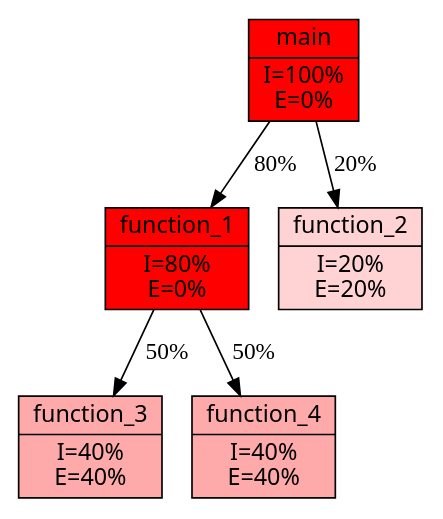
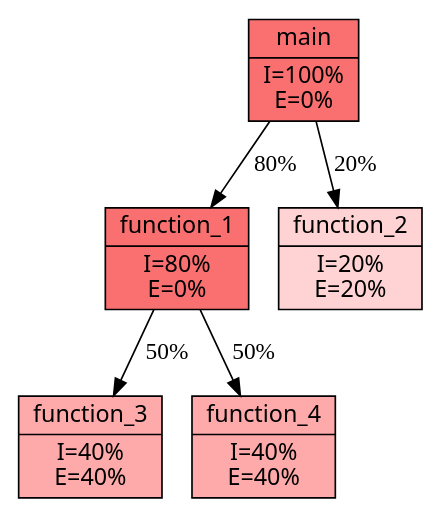
Before and after one commit to JaredHeinrich/Projektarbeit-2: the diagram in Bilder/dot/profiler_output_example.dot, drawn with Graphviz. The commit also changed 38 other files, not shown here.

```diff
--- a/Bilder/dot/profiler_output_example.dot
+++ b/Bilder/dot/profiler_output_example.dot
@@ -1,12 +1,12 @@
 digraph Profiler {
 ratio=compress
-a [shape=record,label="{main|I=100%\nE=0%\n}",style=filled,fillcolor="#ff0000",fontname=sans];
-b [shape=record,label="{function_1|I=80%\nE=0%\n}",style=filled,fillcolor="#ff0000",fontname=sans];
+a [shape=record,label="{main|I=100%\nE=0%\n}",style=filled,fillcolor="#fa7070",fontname=sans];
+b [shape=record,label="{function_1|I=80%\nE=0%\n}",style=filled,fillcolor="#fa7070",fontname=sans];
 c [shape=record,label="{function_2|I=20%\nE=20%\n}",style=filled,fillcolor="#ffd3d3",fontname=sans];
 d [shape=record,label="{function_3|I=40%\nE=40%\n}",style=filled,fillcolor="#ffaaaa",fontname=sans];
 e [shape=record,label="{function_4|I=40%\nE=40%\n}",style=filled,fillcolor="#ffaaaa",fontname=sans];
 a -> b [label="80%", weight=10]
 a -> c [label="20%", weight=10]
 b -> d [label="50%", weight=10]
 b -> e [label="50%", weight=10]
 }
```
